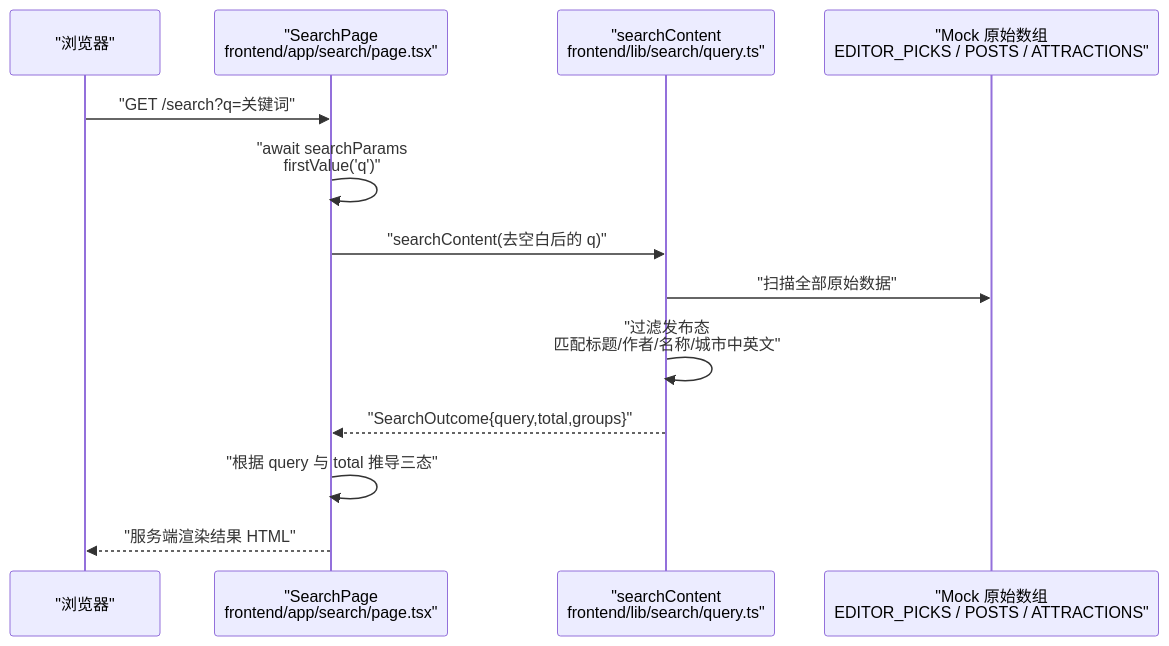
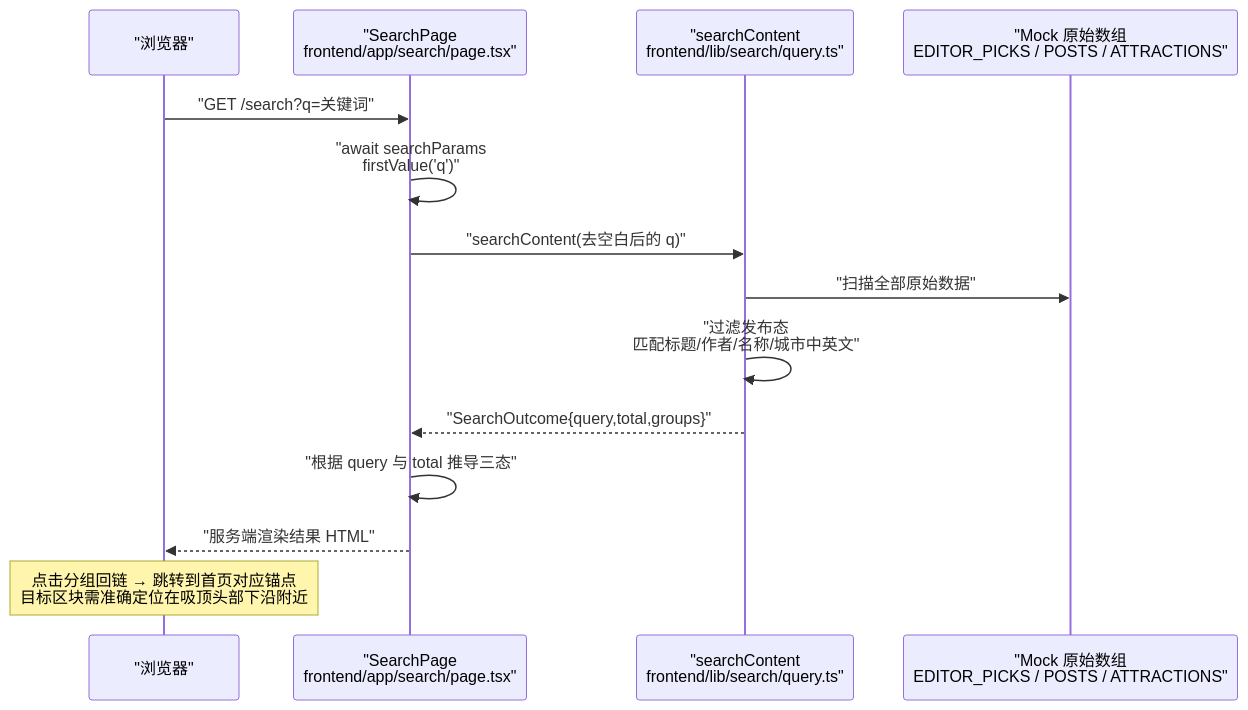
The second of 8 diagrams in .qoder/repowiki/zh/content/规格驱动开发/WanderChain 首页规格文档/WanderChain 搜索页面规格.md (luyitiger6/my-first-project), drawn with Mermaid before and after one commit. The commit also changed other lines of this file and 42 other files, not shown here.

````diff
--- a/.qoder/repowiki/zh/content/规格驱动开发/WanderChain 首页规格文档/WanderChain 搜索页面规格.md
+++ b/.qoder/repowiki/zh/content/规格驱动开发/WanderChain 首页规格文档/WanderChain 搜索页面规格.md
@@ -98,15 +113,16 @@
 ```mermaid
 sequenceDiagram
 participant Browser as "浏览器"
 participant Page as "SearchPage<br/>frontend/app/search/page.tsx"
 participant Query as "searchContent<br/>frontend/lib/search/query.ts"
 participant Data as "Mock 原始数组<br/>EDITOR_PICKS / POSTS / ATTRACTIONS"
 Browser->>Page : "GET /search?q=关键词"
 Page->>Page : "await searchParams<br/>firstValue('q')"
 Page->>Query : "searchContent(去空白后的 q)"
 Query->>Data : "扫描全部原始数据"
 Query->>Query : "过滤发布态<br/>匹配标题/作者/名称/城市中英文"
 Query-->>Page : "SearchOutcome{query,total,groups}"
 Page->>Page : "根据 query 与 total 推导三态"
 Page-->>Browser : "服务端渲染结果 HTML"
+Note over Browser : 点击分组回链 → 跳转到首页对应锚点<br/>目标区块需准确定位在吸顶头部下沿附近
 ```
````
